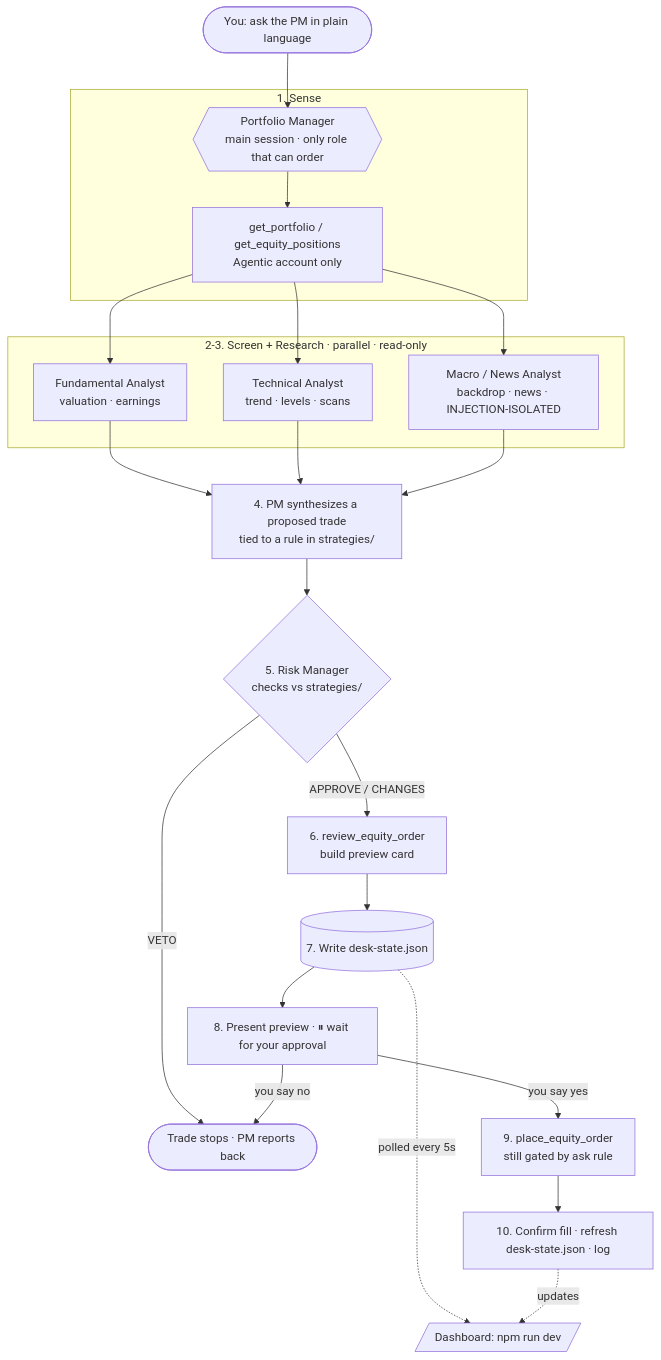
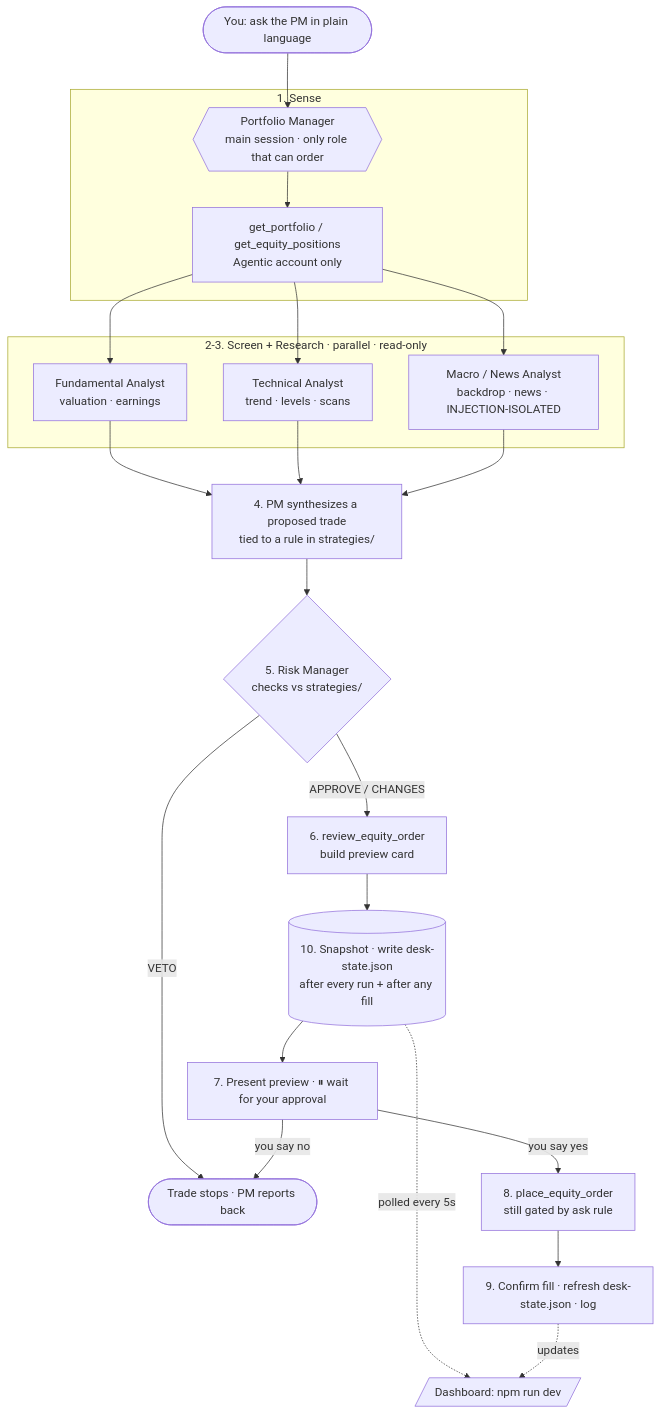
The diagram in README.md (aelixagent/aelix), drawn with Mermaid before and after one commit. The commit also changed other lines of this file, not shown here.

Commit message:
docs: clarify workflow step numbering in root README (snapshot = step 10)

````diff
--- a/README.md
+++ b/README.md
@@ -57,31 +57,31 @@
 ```mermaid
 flowchart TD
     U([You: ask the PM in plain language]) --> PM{{Portfolio Manager<br/>main session · only role that can order}}
 
     subgraph SENSE [1. Sense]
       PM --> A1[get_portfolio / get_equity_positions<br/>Agentic account only]
     end
 
     subgraph RESEARCH [2-3. Screen + Research · parallel · read-only]
       A1 --> F[Fundamental Analyst<br/>valuation · earnings]
       A1 --> T[Technical Analyst<br/>trend · levels · scans]
       A1 --> M[Macro / News Analyst<br/>backdrop · news · INJECTION-ISOLATED]
     end
 
     F --> SYN[4. PM synthesizes a proposed trade<br/>tied to a rule in strategies/]
     T --> SYN
     M --> SYN
 
     SYN --> RISK{5. Risk Manager<br/>checks vs strategies/}
     RISK -- VETO --> STOP([Trade stops · PM reports back])
     RISK -- APPROVE / CHANGES --> PREV[6. review_equity_order<br/>build preview card]
 
-    PREV --> SNAP[(7. Write desk-state.json)]
-    SNAP --> GATE[8. Present preview · ⏸ wait for your approval]
-    GATE -- you say yes --> EXEC[9. place_equity_order<br/>still gated by ask rule]
+    PREV --> SNAP[(10. Snapshot · write desk-state.json<br/>after every run + after any fill)]
+    SNAP --> GATE[7. Present preview · ⏸ wait for your approval]
+    GATE -- you say yes --> EXEC[8. place_equity_order<br/>still gated by ask rule]
     GATE -- you say no --> STOP
-    EXEC --> CONF[10. Confirm fill · refresh desk-state.json · log]
+    EXEC --> CONF[9. Confirm fill · refresh desk-state.json · log]
 
     SNAP -. polled every 5s .-> DASH[/Dashboard: npm run dev/]
     CONF -. updates .-> DASH
 ```
````
